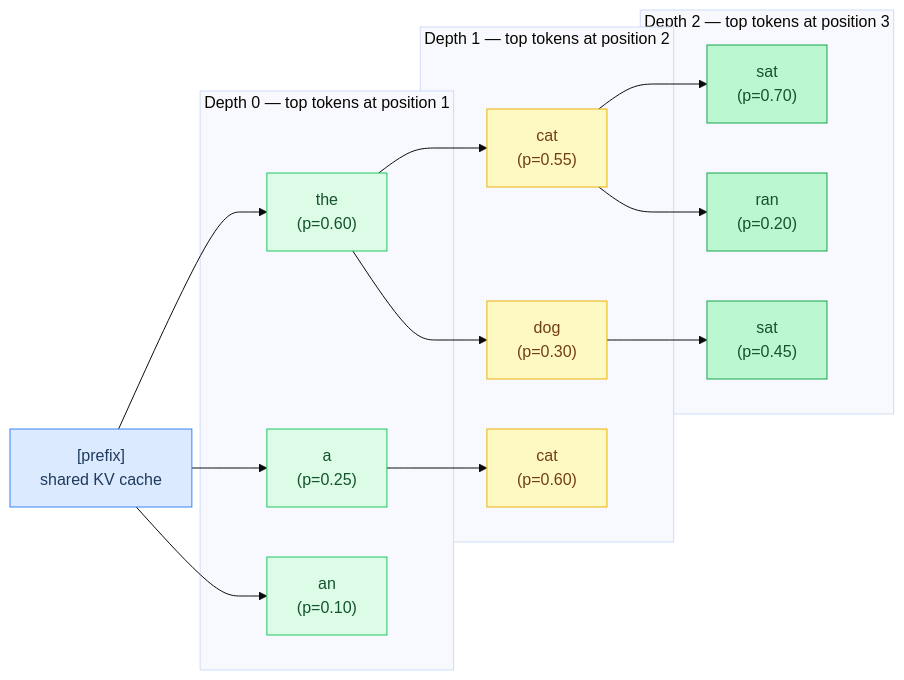
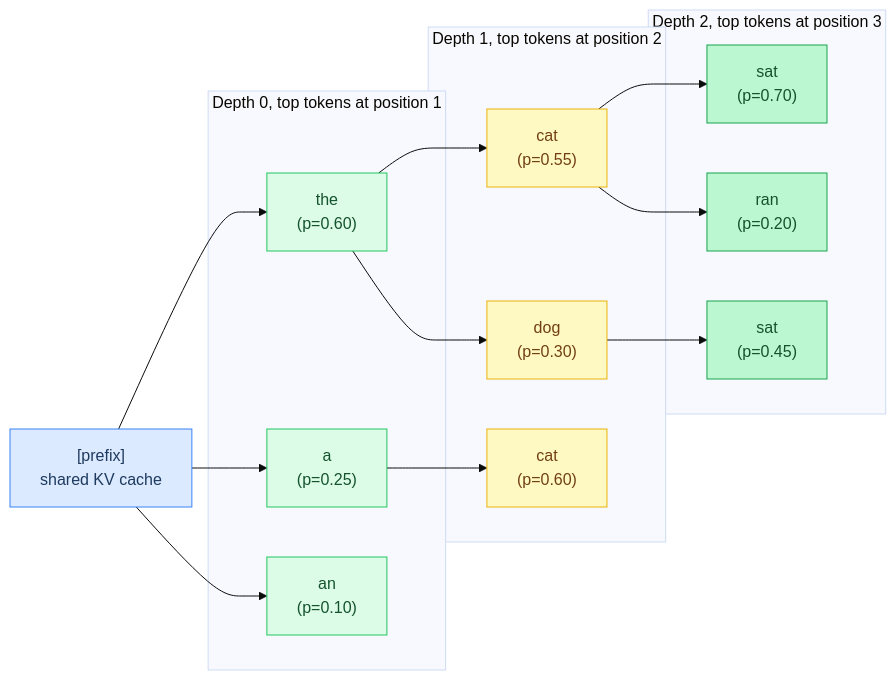
One commit to maci0/agave changed the second of 10 diagrams in docs/tutorial/17-speculative-decoding.md. Above: the diagram before and after it, drawn with Mermaid (base theme). The commit also changed other lines of this file and 196 other files, not shown here.

````diff
--- a/docs/tutorial/17-speculative-decoding.md
+++ b/docs/tutorial/17-speculative-decoding.md
@@ -63,51 +63,51 @@
 ```mermaid
 graph LR
     classDef setup     fill:#dbeafe,stroke:#3b82f6,color:#1e3a5f
     classDef sync      fill:#dcfce7,stroke:#22c55e,color:#14532d
     classDef migration fill:#fef9c3,stroke:#eab308,color:#713f12
     classDef success   fill:#bbf7d0,stroke:#16a34a,color:#14532d
     classDef danger    fill:#fee2e2,stroke:#ef4444,color:#7f1d1d
     classDef optional  fill:#f3e8ff,stroke:#9333ea,color:#581c87
 
     Root["[prefix]\nshared KV cache"]:::setup
 
     D0A["the\n(p=0.60)"]:::sync
     D0B["a\n(p=0.25)"]:::sync
     D0C["an\n(p=0.10)"]:::sync
     D1A["cat\n(p=0.55)"]:::migration
     D1B["dog\n(p=0.30)"]:::migration
     D1C["cat\n(p=0.60)"]:::migration
     D2A["sat\n(p=0.70)"]:::success
     D2B["ran\n(p=0.20)"]:::success
     D2C["sat\n(p=0.45)"]:::success
 
     Root --> D0A
     Root --> D0B
     Root --> D0C
 
     D0A --> D1A
     D0A --> D1B
     D0B --> D1C
 
     D1A --> D2A
     D1A --> D2B
     D1B --> D2C
 
-    subgraph Depth0["Depth 0 — top tokens at position 1"]
+    subgraph Depth0["Depth 0, top tokens at position 1"]
         D0A
         D0B
         D0C
     end
 
-    subgraph Depth1["Depth 1 — top tokens at position 2"]
+    subgraph Depth1["Depth 1, top tokens at position 2"]
         D1A
         D1B
         D1C
     end
 
-    subgraph Depth2["Depth 2 — top tokens at position 3"]
+    subgraph Depth2["Depth 2, top tokens at position 3"]
         D2A
         D2B
         D2C
     end
 ```
````
